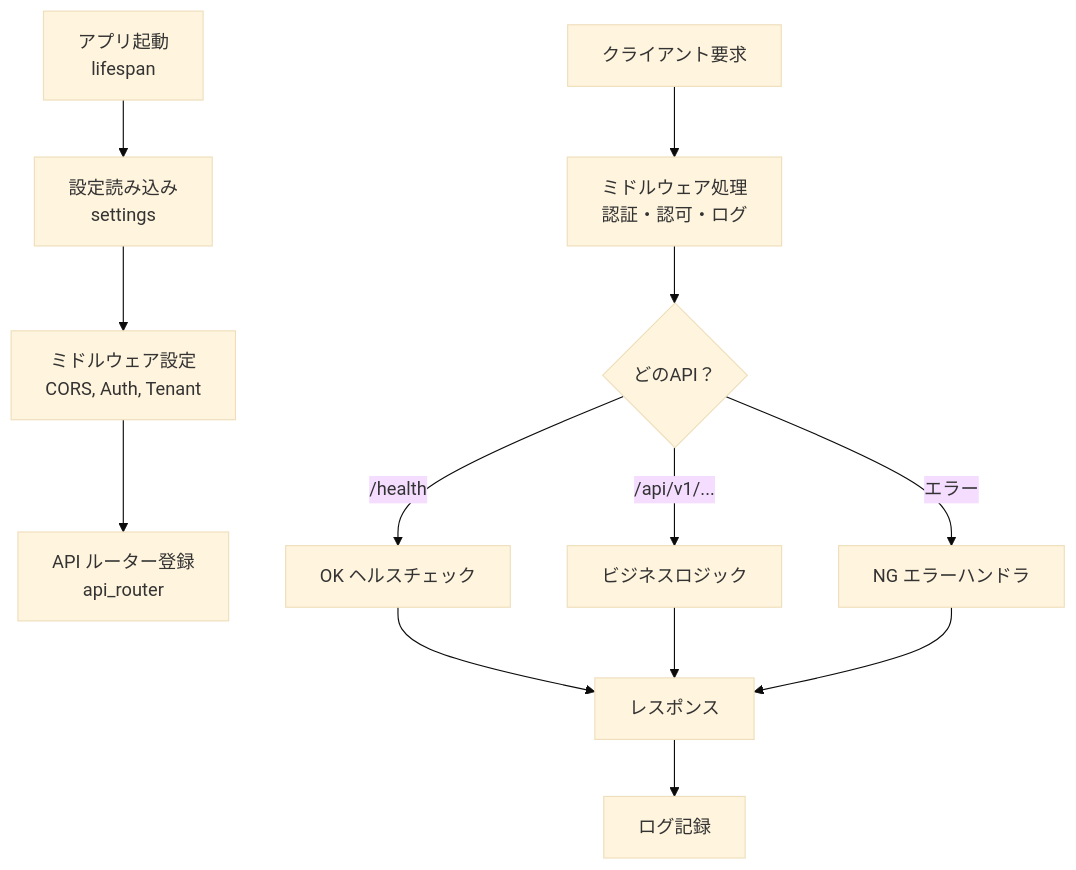
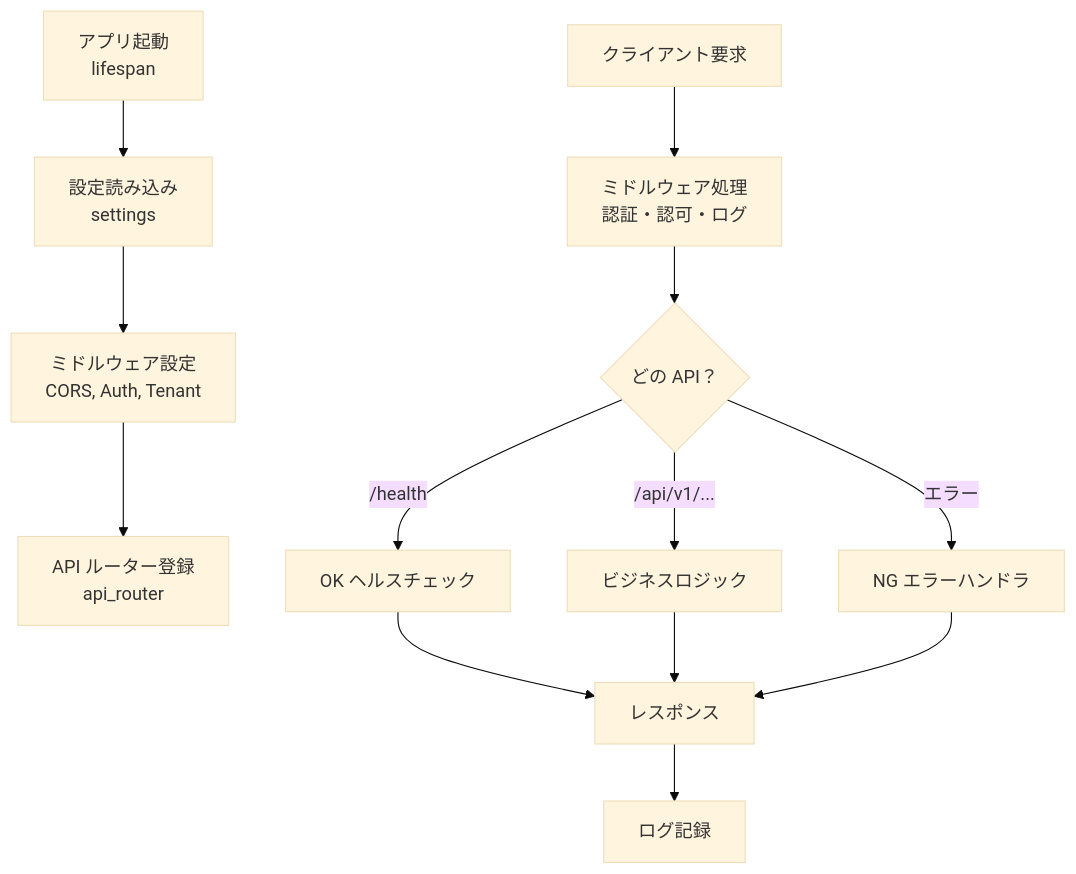
Before and after one commit to itdojp/supabase-architecture-patterns-book: the second of 4 diagrams in docs/chapters/chapter05-1/index.md, drawn with Mermaid (base theme). The commit also changed other lines of this file and 31 other files, not shown here.

````diff
--- a/docs/chapters/chapter05-1/index.md
+++ b/docs/chapters/chapter05-1/index.md
@@ -399,17 +399,17 @@
 ```mermaid
 flowchart TD
     A[ アプリ起動<br/>lifespan] --> B[ 設定読み込み<br/>settings]
     B --> C[ ミドルウェア設定<br/>CORS, Auth, Tenant]
     C --> D[ API ルーター登録<br/>api_router]
-    
+
     E[ クライアント要求] --> F[ ミドルウェア処理<br/>認証・認可・ログ]
-    F --> G{ どのAPI？}
+    F --> G{ どの API？}
     G -->|/health| H[OK ヘルスチェック]
     G -->|/api/v1/...| I[ ビジネスロジック]
     G -->|エラー| J[NG エラーハンドラ]
-    
+
     H --> K[ レスポンス]
     I --> K
     J --> K
     K --> L[ ログ記録]
 ```
````
